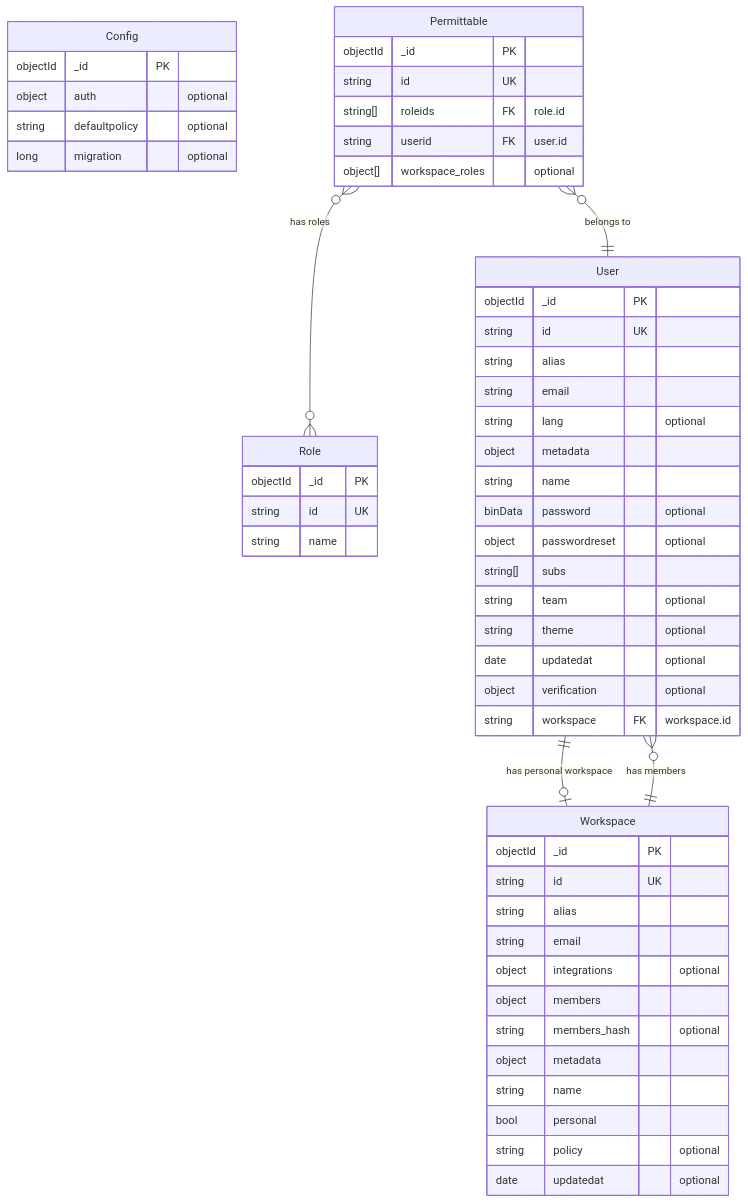
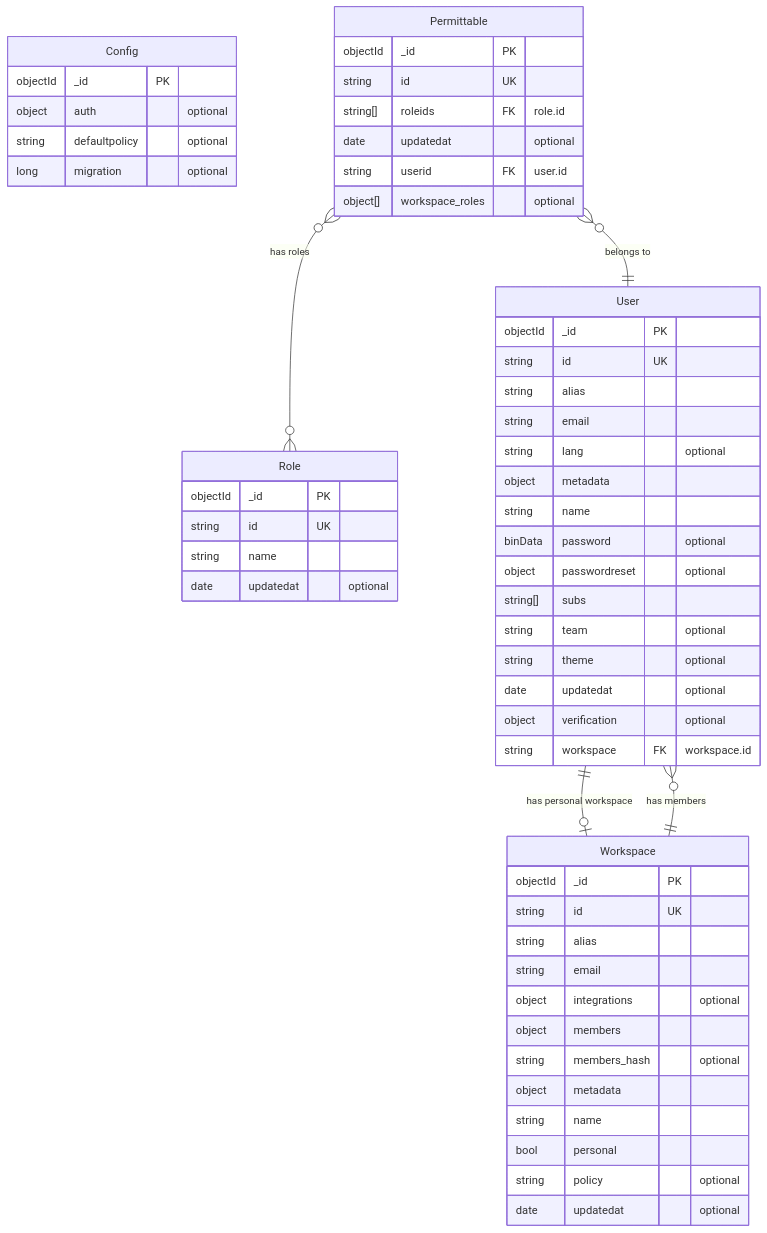
One commit to reearth/reearth-accounts changed the diagram in server/internal/infrastructure/mongo/schema/ER.md. Above: the diagram before and after it, drawn with Mermaid. The commit also changed 15 other files, not shown here.

````diff
--- a/server/internal/infrastructure/mongo/schema/ER.md
+++ b/server/internal/infrastructure/mongo/schema/ER.md
@@ -5,61 +5,63 @@
 ```mermaid
 erDiagram
     Config {
         objectId _id PK
         object auth "optional"
         string defaultpolicy "optional"
         long migration "optional"
     }
 
     Permittable {
         objectId _id PK
         string id UK
         string[] roleids FK "role.id"
+        date updatedat "optional"
         string userid FK "user.id"
         object[] workspace_roles "optional"
     }
 
     Role {
         objectId _id PK
         string id UK
         string name
+        date updatedat "optional"
     }
 
     User {
         objectId _id PK
         string id UK
         string alias
         string email
         string lang "optional"
         object metadata
         string name
         binData password "optional"
         object passwordreset "optional"
         string[] subs
         string team "optional"
         string theme "optional"
         date updatedat "optional"
         object verification "optional"
         string workspace FK "workspace.id"
     }
 
     Workspace {
         objectId _id PK
         string id UK
         string alias
         string email
         object integrations "optional"
         object members
         string members_hash "optional"
         object metadata
         string name
         bool personal
         string policy "optional"
         date updatedat "optional"
     }
 
     User ||--o| Workspace : "has personal workspace"
     Workspace ||--o{ User : "has members"
     Permittable }o--|| User : "belongs to"
     Permittable }o--o{ Role : "has roles"
 ```
````
